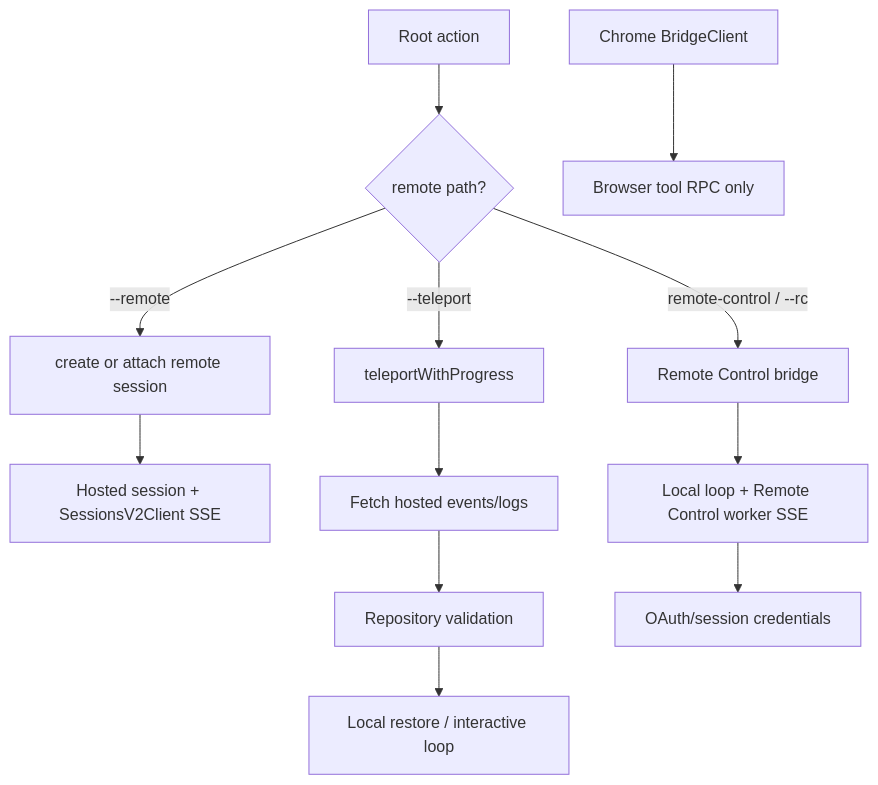
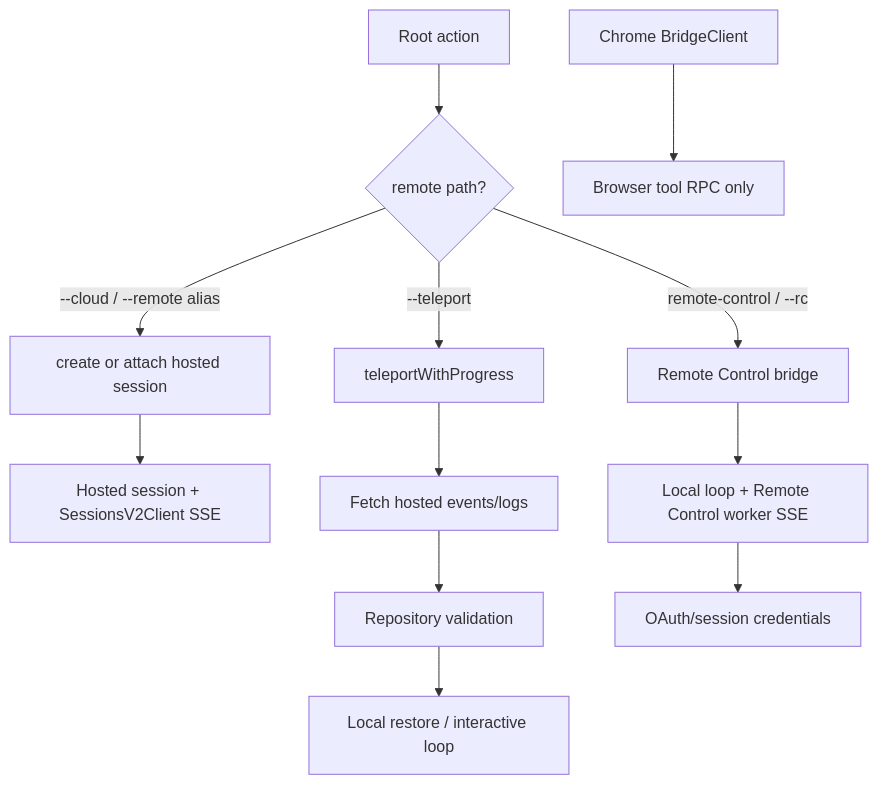
One commit to vibewatch/claude-code-internals changed the first of 2 diagrams in docs/04-sessions-persistence-remote/remote-control-and-teleport.md. Above: the diagram before and after it, drawn with Mermaid. The commit also changed other lines of this file and 34 other files, not shown here.

````diff
--- a/docs/04-sessions-persistence-remote/remote-control-and-teleport.md
+++ b/docs/04-sessions-persistence-remote/remote-control-and-teleport.md
@@ -46,14 +47,14 @@
 ```mermaid
 flowchart TD
     Root[Root action] --> RemoteFlag{remote path?}
-    RemoteFlag -->|--remote| RemoteSession[create or attach remote session]
+    RemoteFlag -->|--cloud / --remote alias| RemoteSession[create or attach hosted session]
     RemoteFlag -->|--teleport| Teleport[teleportWithProgress]
     RemoteFlag -->|remote-control / --rc| Control[Remote Control bridge]
     RemoteSession --> HostedLoop[Hosted session + SessionsV2Client SSE]
     Teleport --> Fetch[Fetch hosted events/logs]
     Fetch --> Validate[Repository validation]
     Validate --> App[Local restore / interactive loop]
     Control --> Bridge[Local loop + Remote Control worker SSE]
     Bridge --> Tokens[OAuth/session credentials]
     Chrome[Chrome BridgeClient] --> BrowserTools[Browser tool RPC only]
 ```
````
